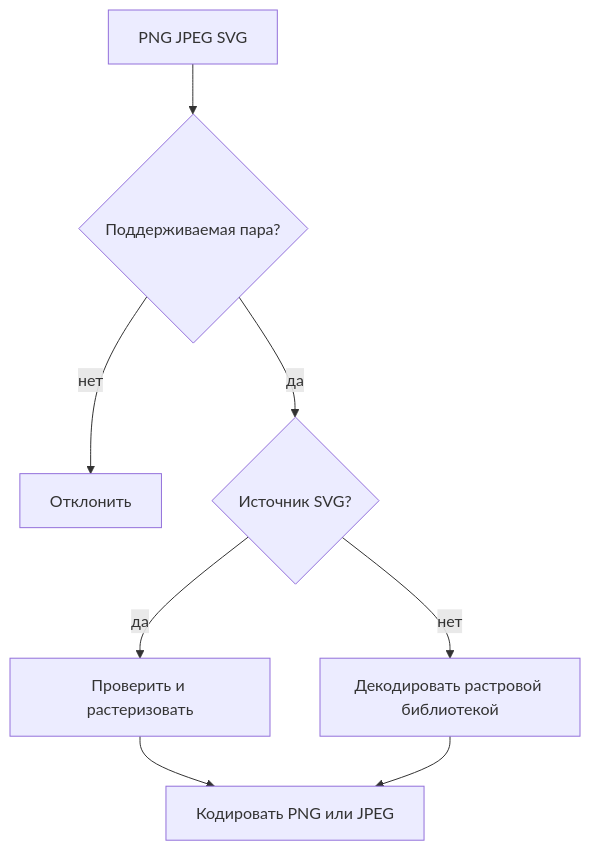
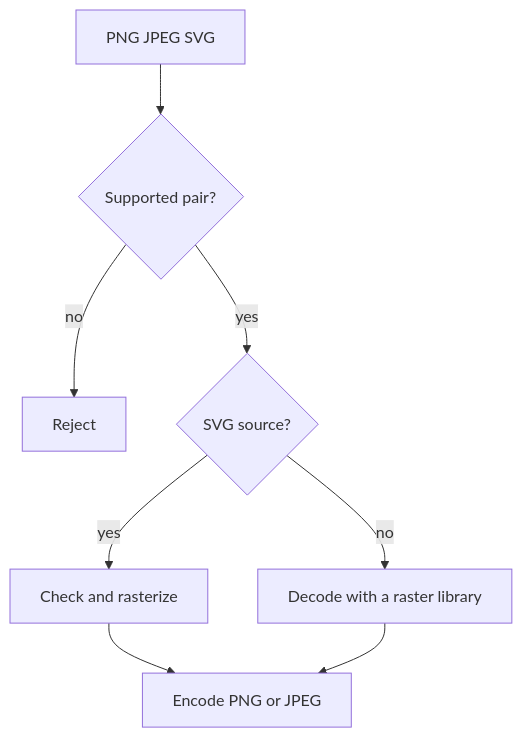
One commit to pavel-skripko-innowise/inno-fe-be-a1 changed the second of 2 diagrams in courses-content/backend/A/1/en/4.2.2 Трансформация изображений.md. Above: the diagram before and after it, drawn with Mermaid. The commit also changed other lines of this file and 35 other files, not shown here.

````diff
--- a/courses-content/backend/A/1/en/4.2.2 Трансформация изображений.md
+++ b/courses-content/backend/A/1/en/4.2.2 Трансформация изображений.md
@@ -58,10 +58,10 @@
 ```mermaid
 flowchart TD
-  Input[PNG JPEG SVG] --> Pair{Поддерживаемая пара?}
-  Pair -- нет --> Reject[Отклонить]
-  Pair -- да --> SVG{Источник SVG?}
-  SVG -- да --> Safe[Проверить и растеризовать]
-  SVG -- нет --> Decode[Декодировать растровой библиотекой]
-  Safe --> Encode[Кодировать PNG или JPEG]
+  Input[PNG JPEG SVG] --> Pair{Supported pair?}
+  Pair -- no --> Reject[Reject]
+  Pair -- yes --> SVG{SVG source?}
+  SVG -- yes --> Safe[Check and rasterize]
+  SVG -- no --> Decode[Decode with a raster library]
+  Safe --> Encode[Encode PNG or JPEG]
   Decode --> Encode
 ```
````
